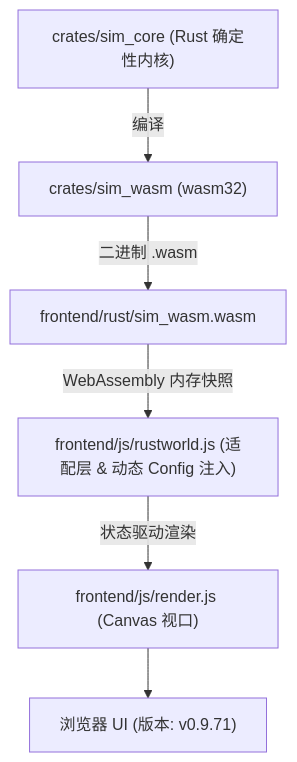
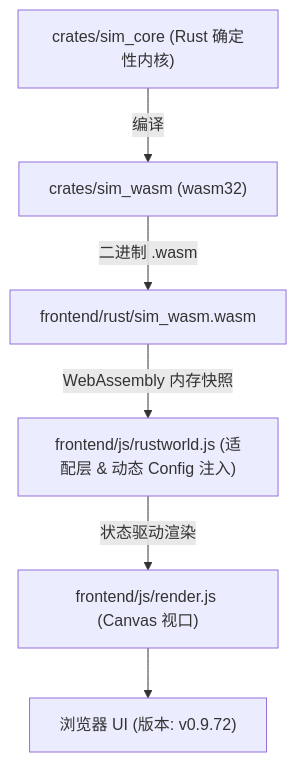
The diagram in AGENTS.md (g39088902/FlowAndAccord), drawn with Mermaid before and after one commit. The commit also changed other lines of this file and 23 other files, not shown here.

````diff
--- a/AGENTS.md
+++ b/AGENTS.md
@@ -44,8 +45,8 @@
 ```mermaid
 graph TD
     A["crates/sim_core (Rust 确定性内核)"] -->|编译| B["crates/sim_wasm (wasm32)"]
     B -->|二进制 .wasm| C["frontend/rust/sim_wasm.wasm"]
     C -->|WebAssembly 内存快照| D["frontend/js/rustworld.js (适配层 & 动态 Config 注入)"]
     D -->|状态驱动渲染| E["frontend/js/render.js (Canvas 视口)"]
-    E --> F["浏览器 UI (版本: v0.9.71)"]
+    E --> F["浏览器 UI (版本: v0.9.72)"]
 ```
````
